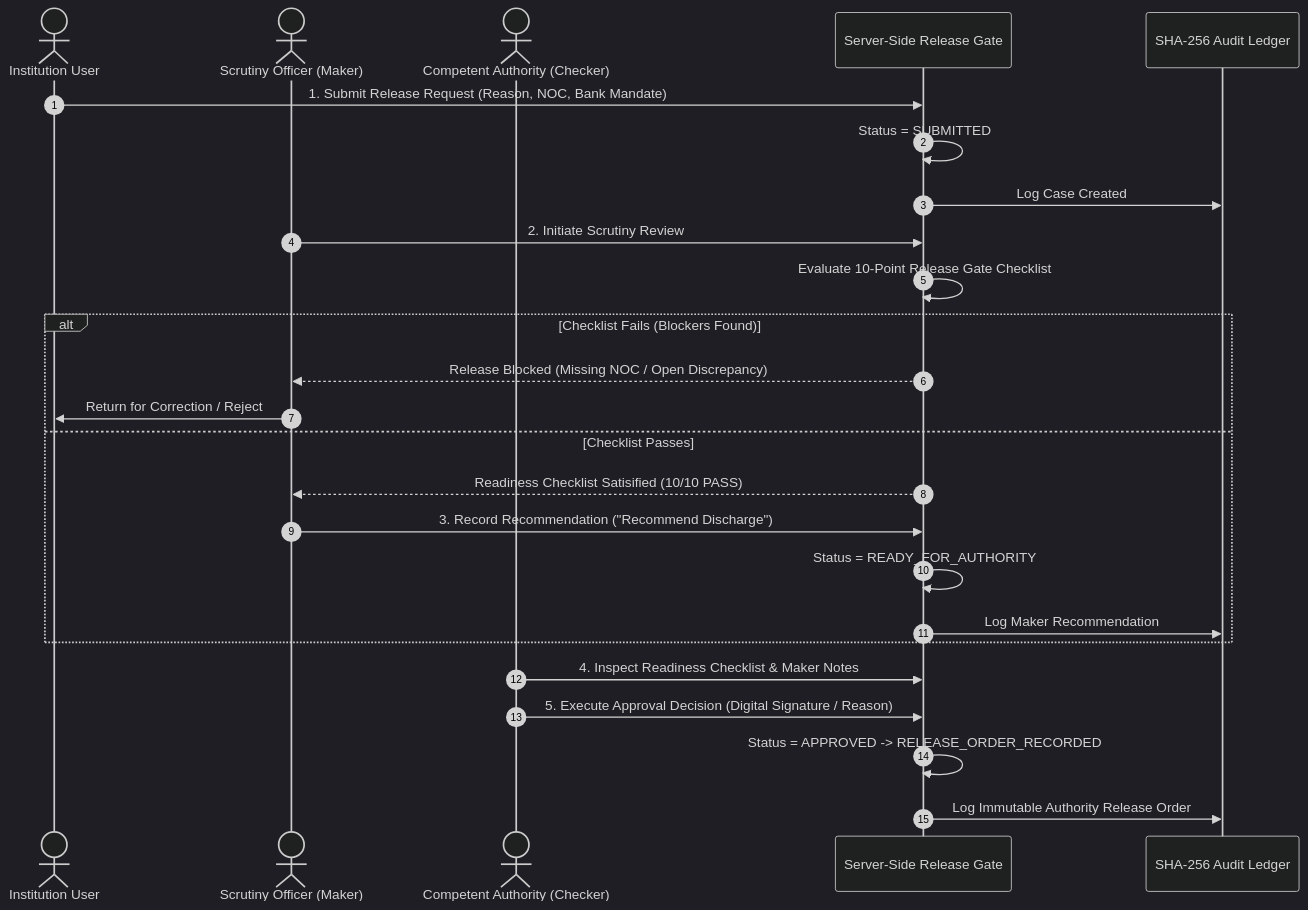
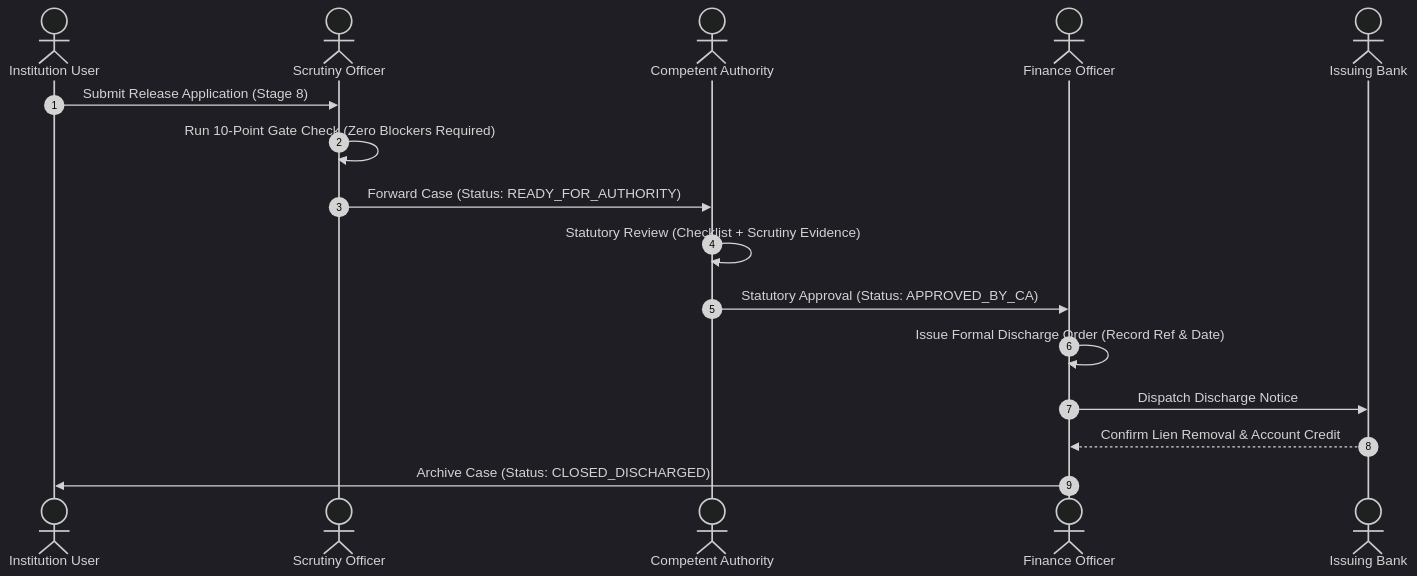
One commit to RutuRaj-1/Sakshya_Trail changed the third of 3 diagrams in project.md. Above: the diagram before and after it, drawn with Mermaid (dark theme). The commit also changed other lines of this file and 35 other files, not shown here.

````diff
--- a/project.md
+++ b/project.md
@@ -375,30 +641,19 @@
 ```mermaid
 sequenceDiagram
     autonumber
-    actor College as Institution User
-    actor Scrutiny as Scrutiny Officer (Maker)
-    actor Authority as Competent Authority (Checker)
-    participant Server as Server-Side Release Gate
-    participant Audit as SHA-256 Audit Ledger
-
-    College->>Server: 1. Submit Release Request (Reason, NOC, Bank Mandate)
-    Server->>Server: Status = SUBMITTED
-    Server->>Audit: Log Case Created
-
-    Scrutiny->>Server: 2. Initiate Scrutiny Review
-    Server->>Server: Evaluate 10-Point Release Gate Checklist
-    alt Checklist Fails (Blockers Found)
-        Server-->>Scrutiny: Release Blocked (Missing NOC / Open Discrepancy)
-        Scrutiny->>College: Return for Correction / Reject
-    else Checklist Passes
-        Server-->>Scrutiny: Readiness Checklist Satisified (10/10 PASS)
-        Scrutiny->>Server: 3. Record Recommendation ("Recommend Discharge")
-        Server->>Server: Status = READY_FOR_AUTHORITY
-        Server->>Audit: Log Maker Recommendation
-    end
-
-    Authority->>Server: 4. Inspect Readiness Checklist & Maker Notes
-    Authority->>Server: 5. Execute Approval Decision (Digital Signature / Reason)
-    Server->>Server: Status = APPROVED -> RELEASE_ORDER_RECORDED
-    Server->>Audit: Log Immutable Authority Release Order
+    actor Inst as Institution User
+    actor Scrutiny as Scrutiny Officer
+    actor CA as Competent Authority
+    actor FO as Finance Officer
+    actor Bank as Issuing Bank
+    
+    Inst->>Scrutiny: Submit Release Application (Stage 8)
+    Scrutiny->>Scrutiny: Run 10-Point Gate Check (Zero Blockers Required)
+    Scrutiny->>CA: Forward Case (Status: READY_FOR_AUTHORITY)
+    CA->>CA: Statutory Review (Checklist + Scrutiny Evidence)
+    CA->>FO: Statutory Approval (Status: APPROVED_BY_CA)
+    FO->>FO: Issue Formal Discharge Order (Record Ref & Date)
+    FO->>Bank: Dispatch Discharge Notice
+    Bank-->>FO: Confirm Lien Removal & Account Credit
+    FO->>Inst: Archive Case (Status: CLOSED_DISCHARGED)
 ```
````
